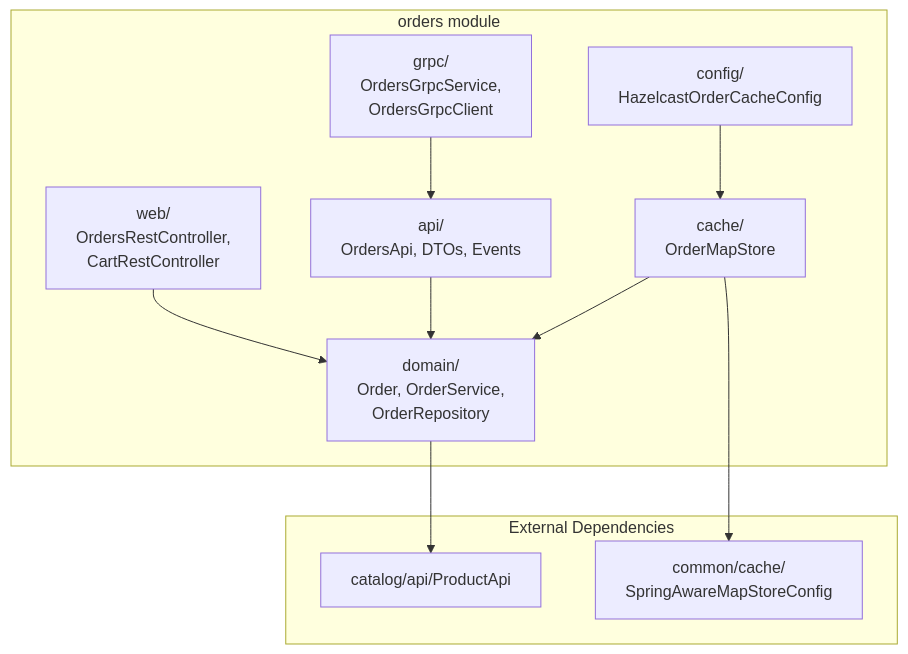
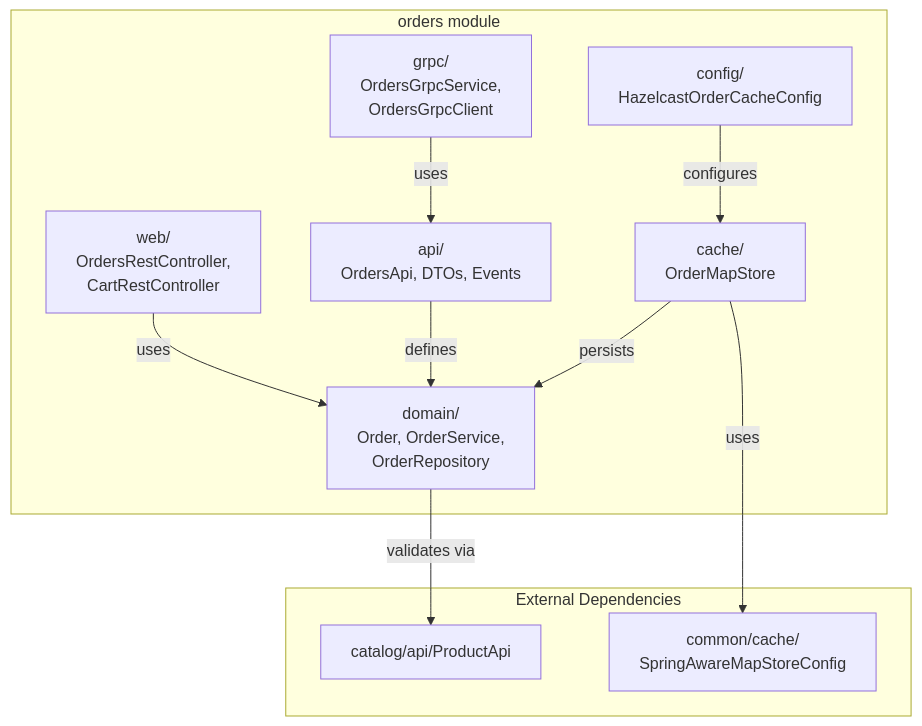
One commit to philipz/spring-modular-monolith changed the first of 6 diagrams in docs/deepwiki/Orders-Module.md. Above: the diagram before and after it, drawn with Mermaid. The commit also changed other lines of this file and 55 other files, not shown here.

````diff
--- a/docs/deepwiki/Orders-Module.md
+++ b/docs/deepwiki/Orders-Module.md
@@ -59,34 +59,34 @@
 ```mermaid
 flowchart TD
 
 API["api/<br>OrdersApi, DTOs, Events"]
 Domain["domain/<br>Order, OrderService,<br>OrderRepository"]
 Web["web/<br>OrdersRestController,<br>CartRestController"]
 GRPC["grpc/<br>OrdersGrpcService,<br>OrdersGrpcClient"]
 Cache["cache/<br>OrderMapStore"]
 Config["config/<br>HazelcastOrderCacheConfig"]
 CatalogAPI["catalog/api/ProductApi"]
 CommonCache["common/cache/<br>SpringAwareMapStoreConfig"]
 
-Domain --> CatalogAPI
-Cache --> CommonCache
+Domain -->|"validates via"| CatalogAPI
+Cache -->|"uses"| CommonCache
 
 subgraph subGraph1 ["External Dependencies"]
     CatalogAPI
     CommonCache
 end
 
 subgraph subGraph0 ["orders module"]
     API
     Domain
     Web
     GRPC
     Cache
     Config
-    Web --> Domain
-    GRPC --> API
-    API --> Domain
-    Cache --> Domain
-    Config --> Cache
+    Web -->|"uses"| Domain
+    GRPC -->|"uses"| API
+    API -->|"defines"| Domain
+    Cache -->|"persists"| Domain
+    Config -->|"configures"| Cache
 end
 ```
````
